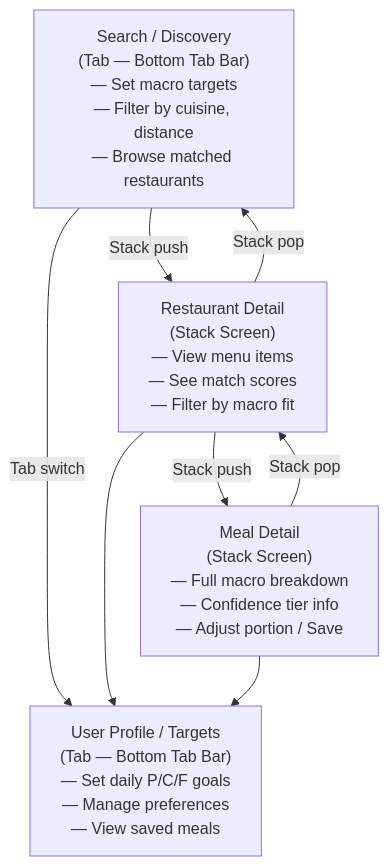
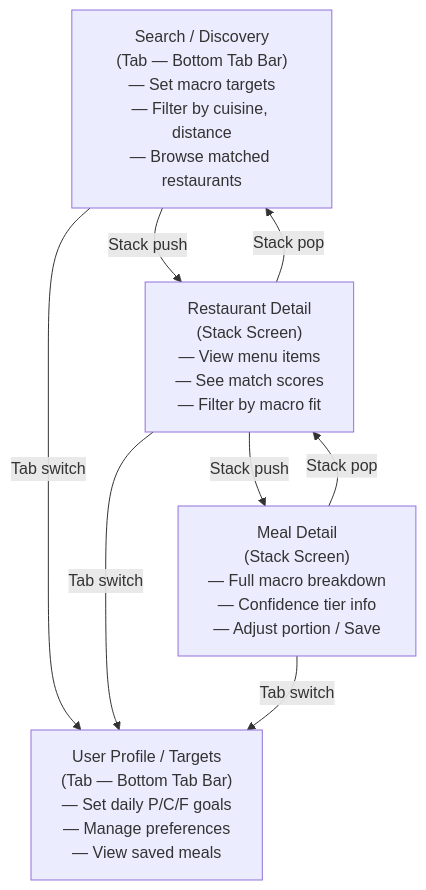
One commit to dgmolla/fitsy changed the first of 2 diagrams in docs/design/design-brief.md. Above: the diagram before and after it, drawn with Mermaid. The commit also changed other lines of this file and 1 other file, not shown here.

Commit message:
Add restaurant data retrieval flow, fix mermaid rendering
- Added section 2.5 (Restaurant Data Retrieval Flow) showing the
  full path: user search → Google Places → menu scraping → nutrition
  check → Tier 1 or Tier 2 → ranked results
- Split macro estimation into its own diagram (section 2.6) with
  Tier 1 expanded to show HTML vs PDF parsing paths
- Fixed all mermaid \n to <br/> for proper rendering in GitHub and
  Obsidian (affects system design and design brief diagrams)

````diff
--- a/docs/design/design-brief.md
+++ b/docs/design/design-brief.md
@@ -43,10 +43,15 @@
 ```mermaid
 flowchart TD
-    A["Search / Discovery\n(Tab — Bottom Tab Bar)\n― Set macro targets\n― Filter by cuisine, distance\n― Browse matched restaurants"] -->|"Stack push"| B["Restaurant Detail\n(Stack Screen)\n― View menu items\n― See match scores\n― Filter by macro fit"]
-    B -->|"Stack push"| C["Meal Detail\n(Stack Screen)\n― Full macro breakdown\n― Confidence tier info\n― Adjust portion / Save"]
-    A -->|"Tab switch"| D["User Profile / Targets\n(Tab — Bottom Tab Bar)\n― Set daily P/C/F goals\n― Manage preferences\n― View saved meals"]
-    B --> D
-    C --> D
+    A["Search / Discovery<br/>(Tab — Bottom Tab Bar)<br/>― Set macro targets<br/>― Filter by cuisine, distance<br/>― Browse matched restaurants"]
+    B["Restaurant Detail<br/>(Stack Screen)<br/>― View menu items<br/>― See match scores<br/>― Filter by macro fit"]
+    C["Meal Detail<br/>(Stack Screen)<br/>― Full macro breakdown<br/>― Confidence tier info<br/>― Adjust portion / Save"]
+    D["User Profile / Targets<br/>(Tab — Bottom Tab Bar)<br/>― Set daily P/C/F goals<br/>― Manage preferences<br/>― View saved meals"]
+
+    A -->|"Stack push"| B
+    B -->|"Stack push"| C
+    A -->|"Tab switch"| D
+    B -->|"Tab switch"| D
+    C -->|"Tab switch"| D
     C -->|"Stack pop"| B
     B -->|"Stack pop"| A
 ```
````
